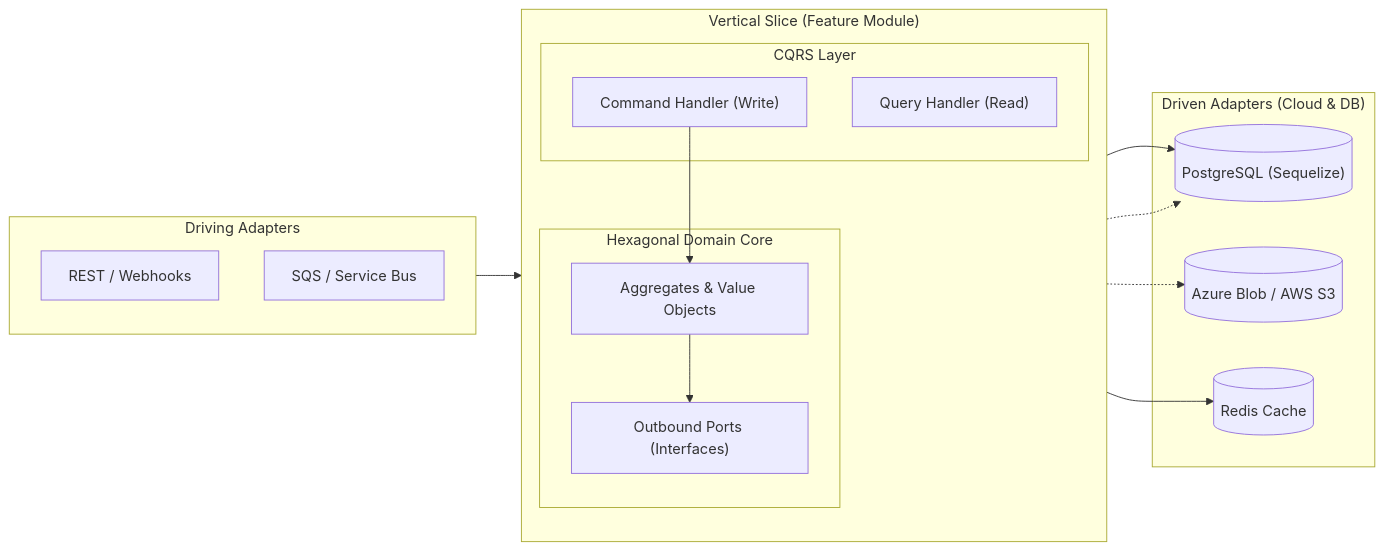
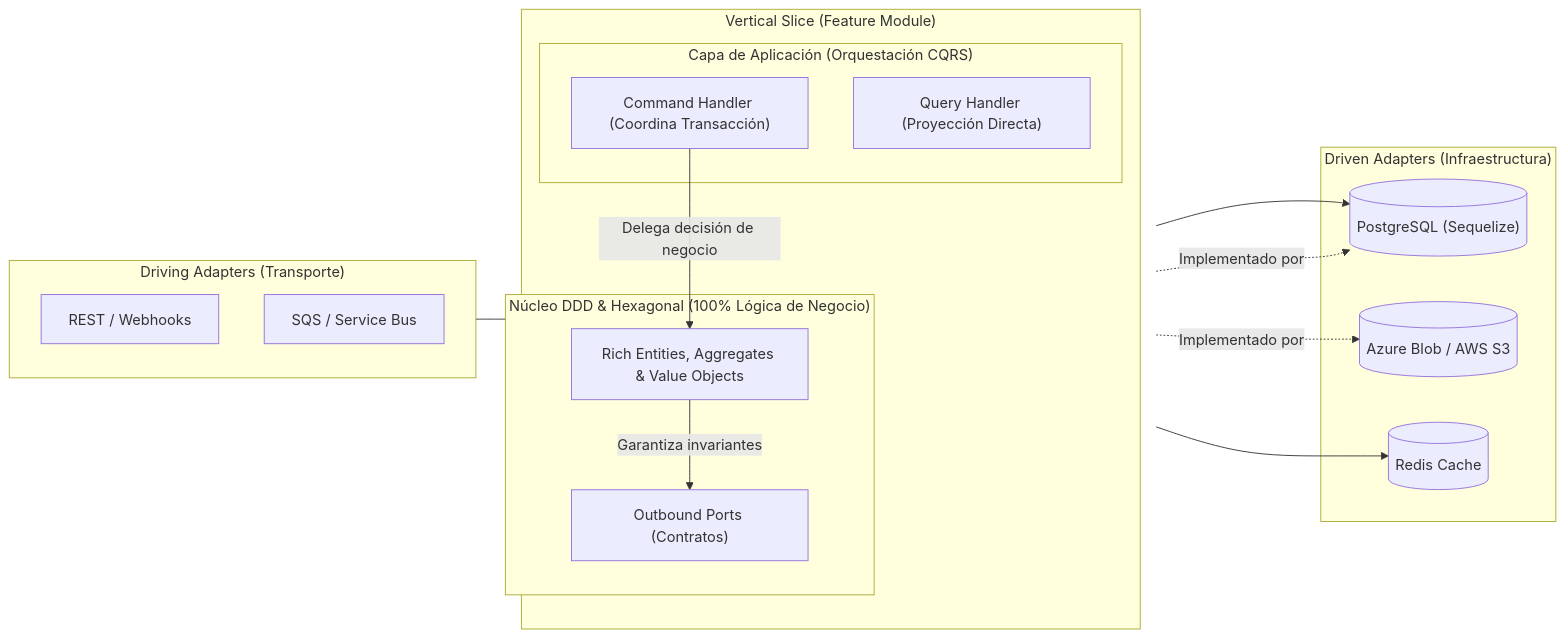
One commit to dbritto/dbritto changed the diagram in README.md. Above: the diagram before and after it, drawn with Mermaid. The commit also changed other lines of this file, not shown here.

````diff
--- a/README.md
+++ b/README.md
@@ -80,32 +81,33 @@
 ```mermaid
 flowchart LR
-    subgraph Entry["Driving Adapters"]
+    subgraph Entry["Driving Adapters (Transporte)"]
         API["REST / Webhooks"]
         Events["SQS / Service Bus"]
     end
 
     subgraph Slice["Vertical Slice (Feature Module)"]
         direction TB
-        subgraph CQRS["CQRS Layer"]
-            Cmd["Command Handler (Write)"]
-            Qry["Query Handler (Read)"]
+        subgraph CQRS["Capa de Aplicación (Orquestación CQRS)"]
+            Cmd["Command Handler (Coordina Transacción)"]
+            Qry["Query Handler (Proyección Directa)"]
         end
-        subgraph HexDomain["Hexagonal Domain Core"]
-            Agg["Aggregates & Value Objects"]
-            Ports["Outbound Ports (Interfaces)"]
+        subgraph HexDomain["Núcleo DDD & Hexagonal (100% Lógica de Negocio)"]
+            Agg["Rich Entities, Aggregates & Value Objects"]
+            Ports["Outbound Ports (Contratos)"]
         end
     end
 
-    subgraph Infra["Driven Adapters (Cloud & DB)"]
+    subgraph Infra["Driven Adapters (Infraestructura)"]
         PG[("PostgreSQL (Sequelize)")]
         CloudBlob[("Azure Blob / AWS S3")]
         Cache[("Redis Cache")]
     end
 
     Entry --> CQRS
-    Cmd --> Agg --> Ports
+    Cmd -->|"Delega decisión de negocio"| Agg
+    Agg -->|"Garantiza invariantes"| Ports
     Qry --> PG
     Qry --> Cache
-    Ports -.-> PG
-    Ports -.-> CloudBlob
+    Ports -.->|"Implementado por"| PG
+    Ports -.->|"Implementado por"| CloudBlob
 ```
````
